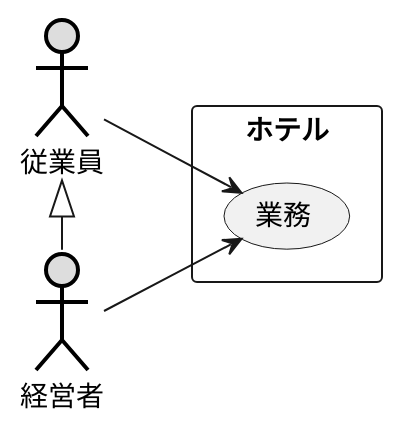
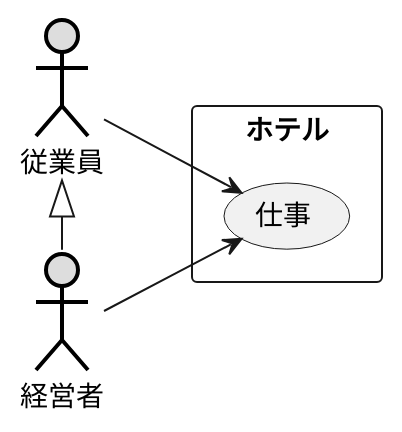
Before and after one commit to Tackey-11/uml-intro: the diagram in 演習2-2_ホテル従業員.pu, drawn with PlantUML.

Commit message:
演習2-2編集

```diff
--- a/演習2-2_ホテル従業員.pu
+++ b/演習2-2_ホテル従業員.pu
@@ -1,15 +1,15 @@
 @startuml ユースケース図
 left to right direction
 
 actor 従業員#DDDDDD;line:black;line.bold;
 actor 経営者#DDDDDD;line:black;line.bold;
 
 rectangle ホテル {
-usecase 業務
+usecase 仕事
 }
 
-従業員 --> 業務
-経営者 --> 業務
+従業員 --> 仕事
+経営者 --> 仕事
 
 従業員<|- 経営者
 @enduml
```
